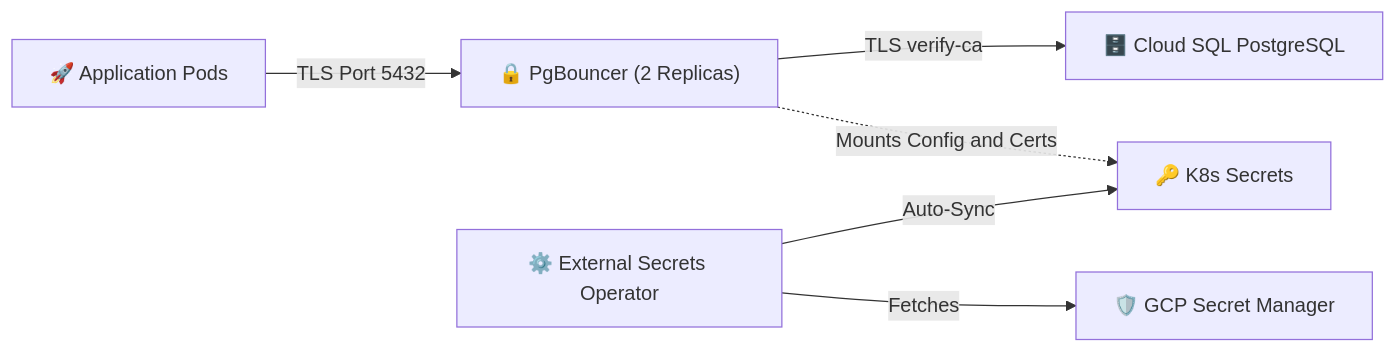
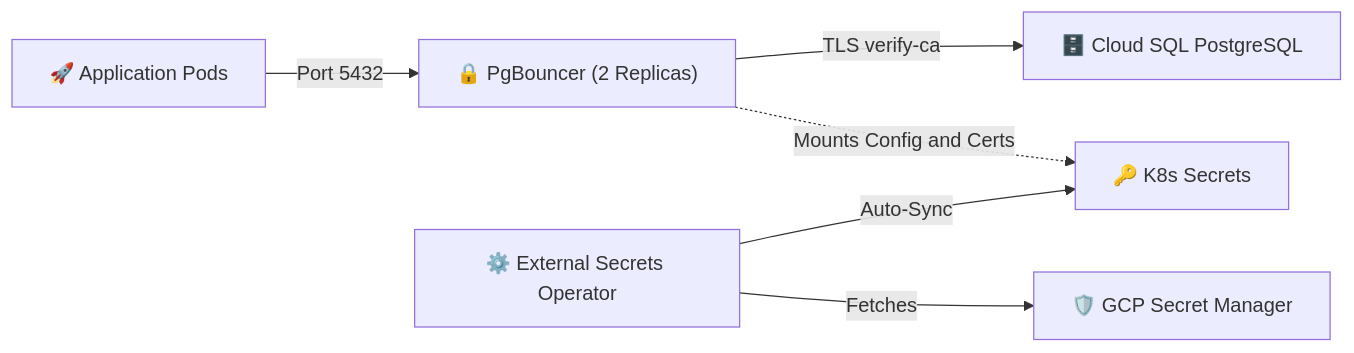
The diagram in README.md (epsilon101-dev/k8s-pgbouncer), drawn with Mermaid before and after one commit. The commit also changed other lines of this file and 4 other files, not shown here.

````diff
--- a/README.md
+++ b/README.md
@@ -9,9 +9,9 @@
 ```mermaid
 graph LR
-    App["🚀 Application Pods"] -->|TLS Port 5432| PB["🔒 PgBouncer (2 Replicas)"]
+    App["🚀 Application Pods"] -->|Port 5432| PB["🔒 PgBouncer (2 Replicas)"]
     PB -->|TLS verify-ca| SQL["🗄️ Cloud SQL PostgreSQL"]
 
     PB -.->|Mounts Config and Certs| Sec["🔑 K8s Secrets"]
     ESO["⚙️ External Secrets Operator"] -->|Auto-Sync| Sec
     ESO -->|Fetches| GSM["🛡️ GCP Secret Manager"]
 ```
````
